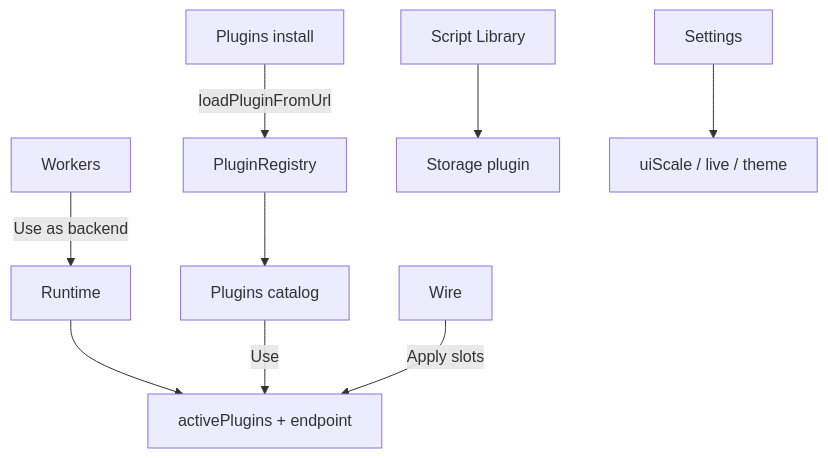
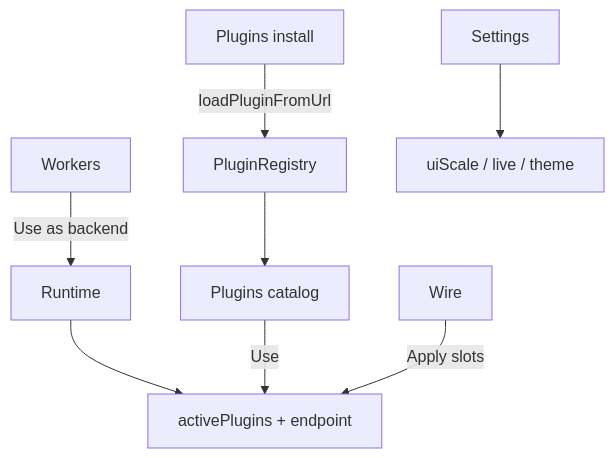
Before and after one commit to hoox-sh/axis: the diagram in docs/enduser/guides/manager-and-settings.mdx, drawn with Mermaid. The commit also changed other lines of this file and 62 other files, not shown here.

````diff
--- a/docs/enduser/guides/manager-and-settings.mdx
+++ b/docs/enduser/guides/manager-and-settings.mdx
@@ -47,19 +47,17 @@
 ```mermaid
 flowchart TB
   REG[PluginRegistry]
   CAT[Plugins catalog]
   INS[Plugins install]
-  LIB[Script Library]
   RT[Runtime]
   WRK[Workers]
   SET[Settings]
   WIRE[Wire]
   REG --> CAT
   INS -->|loadPluginFromUrl| REG
-  LIB --> STO[Storage plugin]
   RT --> AP[activePlugins + endpoint]
   WRK -->|Use as backend| RT
   CAT -->|Use| AP
   WIRE -->|Apply slots| AP
   SET --> CHROME[uiScale / live / theme]
 ```
````
